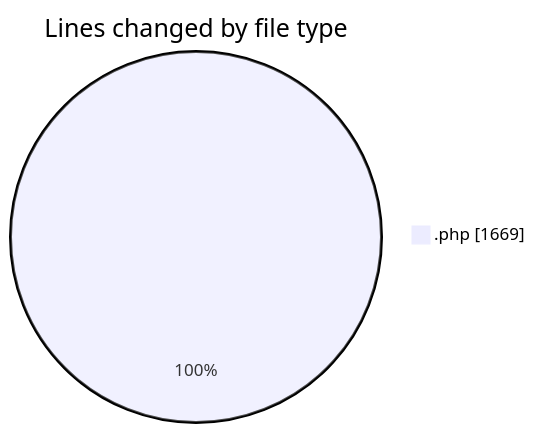
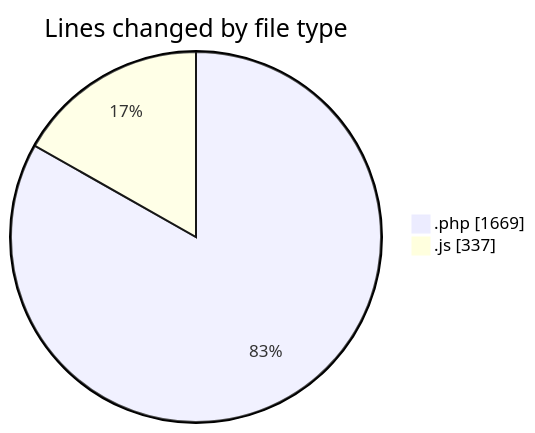
The first of 2 diagrams in 2025-08-25/woocommerce-custom-product-bundles/README.md (debugP/code-tracking), drawn with Mermaid before and after one commit. The commit also changed other lines of this file and 1 other file, not shown here.

````diff
--- a/2025-08-25/woocommerce-custom-product-bundles/README.md
+++ b/2025-08-25/woocommerce-custom-product-bundles/README.md
@@ -20,5 +21,6 @@
 ```mermaid
 pie showData
 title Lines changed by file type
 ".php" : 1669
+".js" : 337
 ```
````
